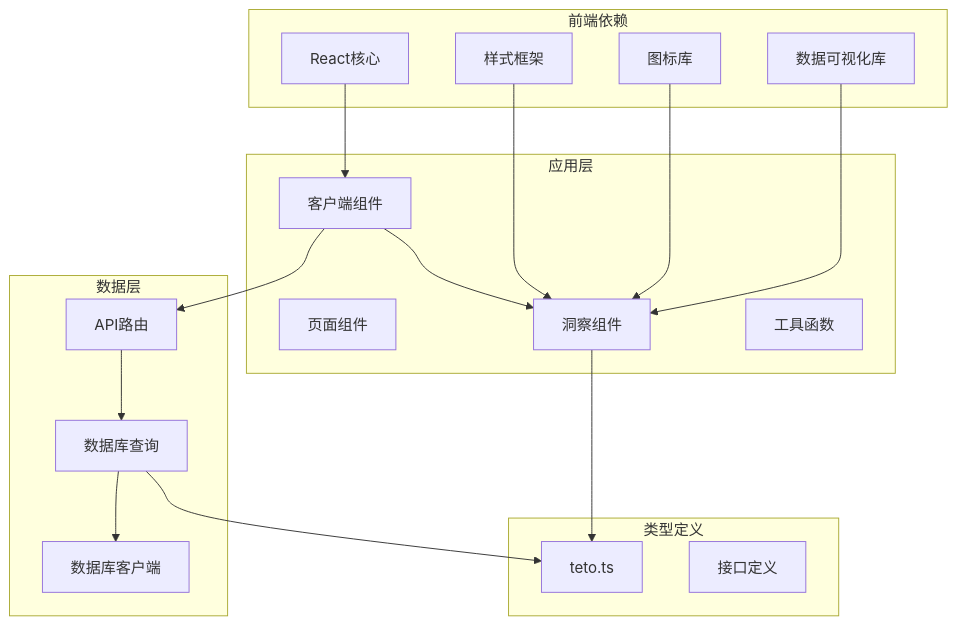
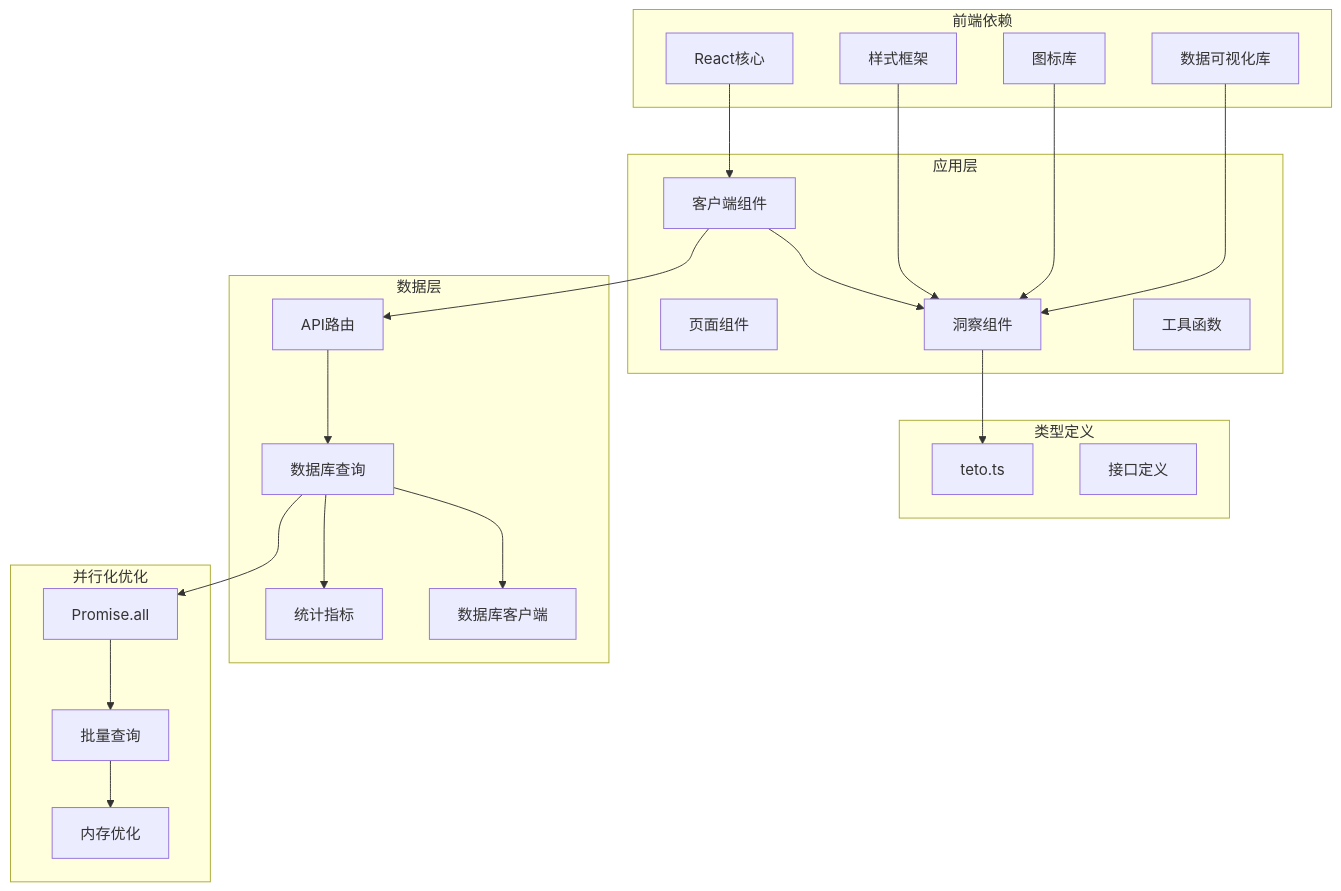
Diagram 12 of 12 in .qoder/repowiki/zh/content/核心功能模块/洞察分析系统/阶段洞察分析.md (bbong1234/TETO), drawn with Mermaid before and after one commit. The commit also changed other lines of this file and 352 other files, not shown here.

````diff
--- a/.qoder/repowiki/zh/content/核心功能模块/洞察分析系统/阶段洞察分析.md
+++ b/.qoder/repowiki/zh/content/核心功能模块/洞察分析系统/阶段洞察分析.md
@@ -357,34 +565,43 @@
 ```mermaid
 graph TB
 subgraph "前端依赖"
 React[React核心]
 Recharts[数据可视化库]
 Lucide[图标库]
 TailwindCSS[样式框架]
 end
 subgraph "应用层"
 Page[页面组件]
 Client[客户端组件]
 Components[洞察组件]
 Utils[工具函数]
 end
 subgraph "类型定义"
 Types[teto.ts]
 Interfaces[接口定义]
 end
 subgraph "数据层"
 API[API路由]
 DB[数据库查询]
+Metrics[统计指标]
 Supabase[数据库客户端]
+end
+subgraph "并行化优化"
+PromiseAll[Promise.all]
+BatchQuery[批量查询]
+MemoryOpt[内存优化]
 end
 React --> Client
 Recharts --> Components
 Lucide --> Components
 TailwindCSS --> Components
 Client --> Components
 Client --> API
 Components --> Types
 API --> DB
+DB --> Metrics
 DB --> Supabase
-DB --> Types
+DB --> PromiseAll
+PromiseAll --> BatchQuery
+BatchQuery --> MemoryOpt
 ```
````
